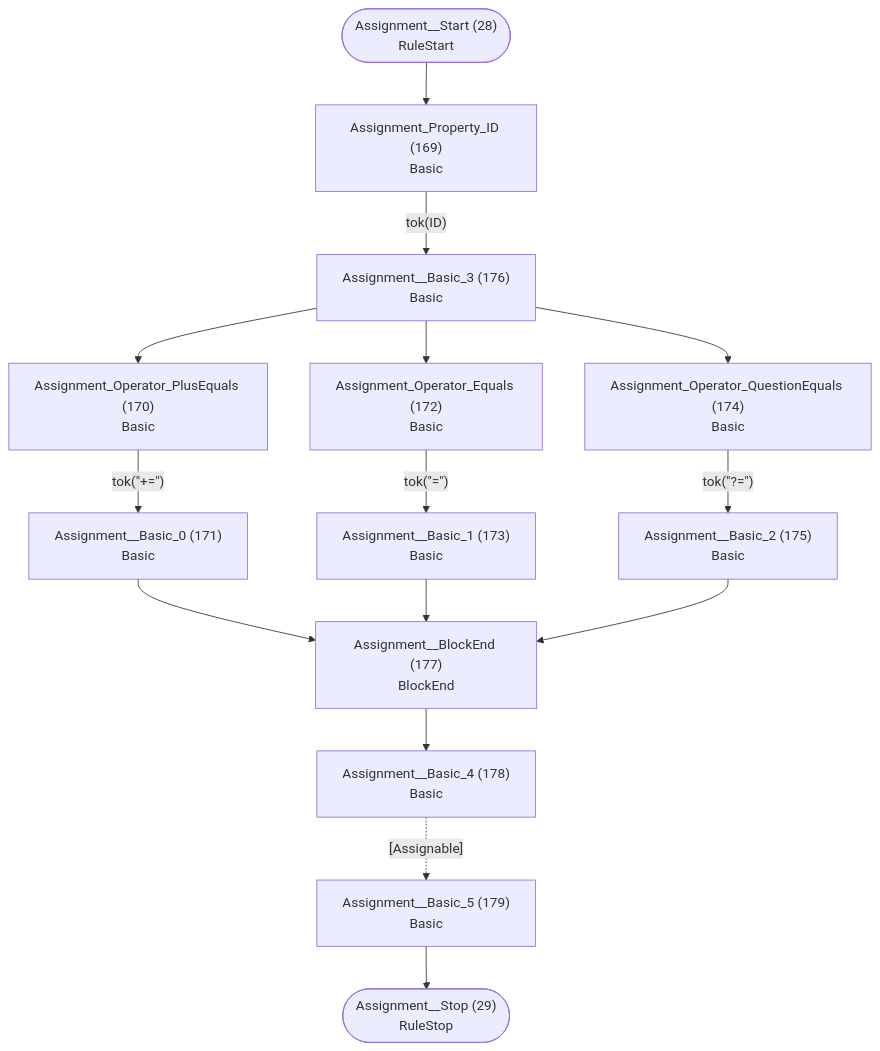
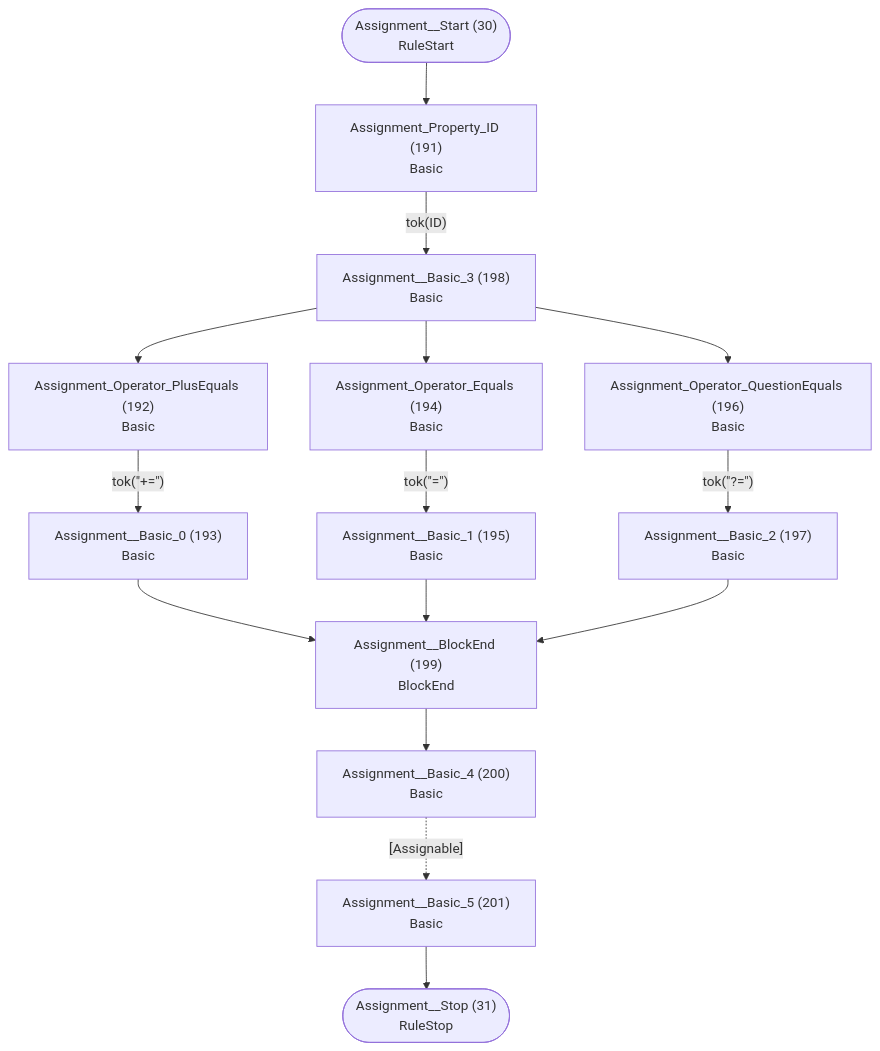
Diagram 16 of 26 in internal/grammar/atn.md (TypeFox/fastbelt), drawn with Mermaid before and after one commit. The commit also changed other lines of this file and 51 other files, not shown here.

````diff
--- a/internal/grammar/atn.md
+++ b/internal/grammar/atn.md
@@ -409,31 +463,31 @@
 ```mermaid
 flowchart TD
-    q28(["Assignment__Start (28)<br/>RuleStart"])
-    q29(["Assignment__Stop (29)<br/>RuleStop"])
-    q169["Assignment_Property_ID (169)<br/>Basic<br/>"]
-    q170["Assignment_Operator_PlusEquals (170)<br/>Basic<br/>"]
-    q171["Assignment__Basic_0 (171)<br/>Basic<br/>"]
-    q172["Assignment_Operator_Equals (172)<br/>Basic<br/>"]
-    q173["Assignment__Basic_1 (173)<br/>Basic<br/>"]
-    q174["Assignment_Operator_QuestionEquals (174)<br/>Basic<br/>"]
-    q175["Assignment__Basic_2 (175)<br/>Basic<br/>"]
-    q176["Assignment__Basic_3 (176)<br/>Basic<br/>"]
-    q177["Assignment__BlockEnd (177)<br/>BlockEnd<br/>"]
-    q178["Assignment__Basic_4 (178)<br/>Basic<br/>"]
-    q179["Assignment__Basic_5 (179)<br/>Basic<br/>"]
+    q30(["Assignment__Start (30)<br/>RuleStart"])
+    q31(["Assignment__Stop (31)<br/>RuleStop"])
+    q191["Assignment_Property_ID (191)<br/>Basic<br/>"]
+    q192["Assignment_Operator_PlusEquals (192)<br/>Basic<br/>"]
+    q193["Assignment__Basic_0 (193)<br/>Basic<br/>"]
+    q194["Assignment_Operator_Equals (194)<br/>Basic<br/>"]
+    q195["Assignment__Basic_1 (195)<br/>Basic<br/>"]
+    q196["Assignment_Operator_QuestionEquals (196)<br/>Basic<br/>"]
+    q197["Assignment__Basic_2 (197)<br/>Basic<br/>"]
+    q198["Assignment__Basic_3 (198)<br/>Basic<br/>"]
+    q199["Assignment__BlockEnd (199)<br/>BlockEnd<br/>"]
+    q200["Assignment__Basic_4 (200)<br/>Basic<br/>"]
+    q201["Assignment__Basic_5 (201)<br/>Basic<br/>"]
 
-    q28 --> q169
-    q169 -->|"tok(ID)"| q176
-    q170 -->|"tok(&quot;+=&quot;)"| q171
-    q171 --> q177
-    q172 -->|"tok(&quot;=&quot;)"| q173
-    q173 --> q177
-    q174 -->|"tok(&quot;?=&quot;)"| q175
-    q175 --> q177
-    q176 --> q170
-    q176 --> q172
-    q176 --> q174
-    q177 --> q178
-    q178 -.->|"[Assignable]"| q179
-    q179 --> q29
+    q30 --> q191
+    q191 -->|"tok(ID)"| q198
+    q192 -->|"tok(&quot;+=&quot;)"| q193
+    q193 --> q199
+    q194 -->|"tok(&quot;=&quot;)"| q195
+    q195 --> q199
+    q196 -->|"tok(&quot;?=&quot;)"| q197
+    q197 --> q199
+    q198 --> q192
+    q198 --> q194
+    q198 --> q196
+    q199 --> q200
+    q200 -.->|"[Assignable]"| q201
+    q201 --> q31
 ```
````
